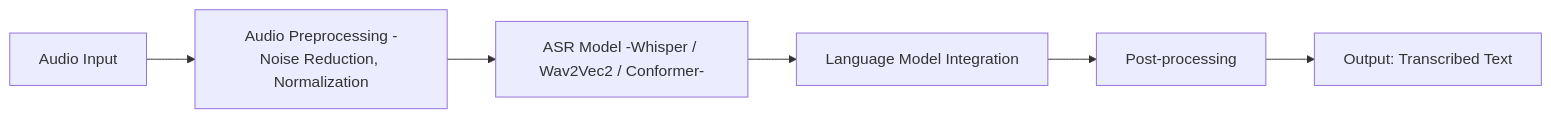
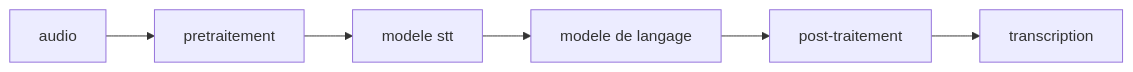
Before and after one commit to BurkimbIA/docs: the second of 2 diagrams in docs/explanations/machine_translation.md, drawn with Mermaid. The commit also changed other lines of this file and 4 other files, not shown here.

````diff
--- a/docs/explanations/machine_translation.md
+++ b/docs/explanations/machine_translation.md
@@ -154,9 +90,8 @@
 ```mermaid
 graph LR;
-    A[Audio Input] --> B[Audio Preprocessing -Noise Reduction, Normalization];
-    B --> C[ASR Model -Whisper / Wav2Vec2 / Conformer-];
-    C --> D[Language Model Integration];
-    D --> E[Post-processing];
-    E --> F[Output: Transcribed Text];
-
+    A[audio] --> B[pretraitement]
+    B --> C[modele stt]
+    C --> D[modele de langage]
+    D --> E[post-traitement]
+    E --> F[transcription]
 ```
````
